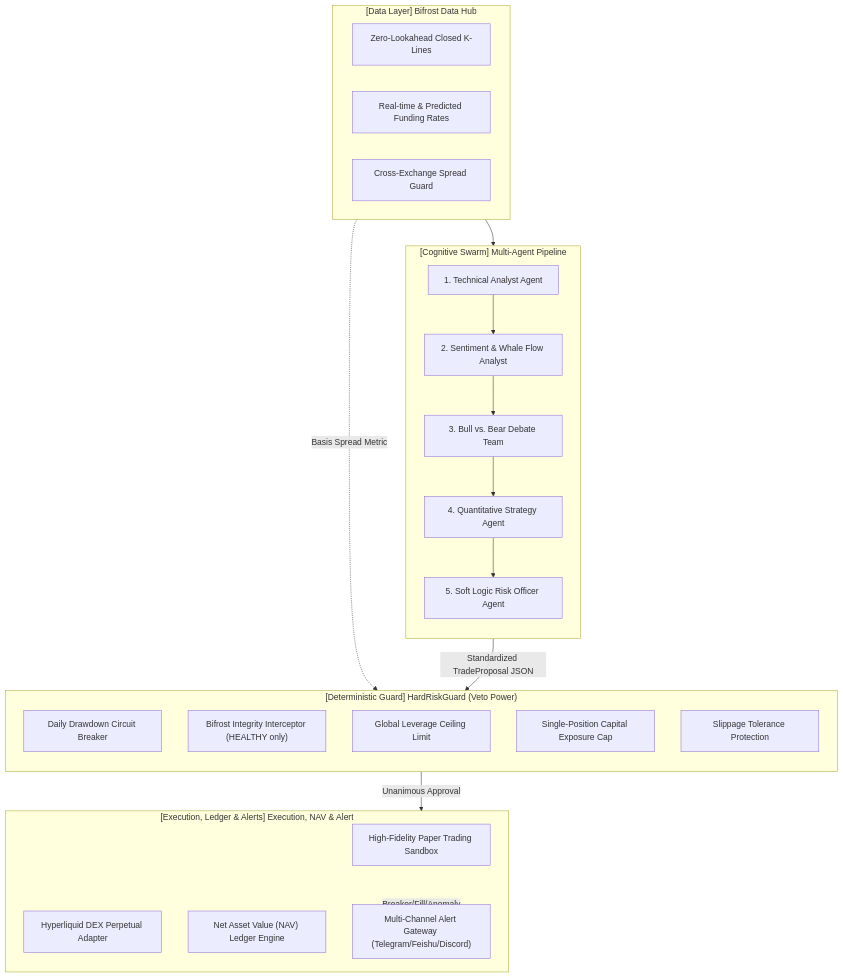
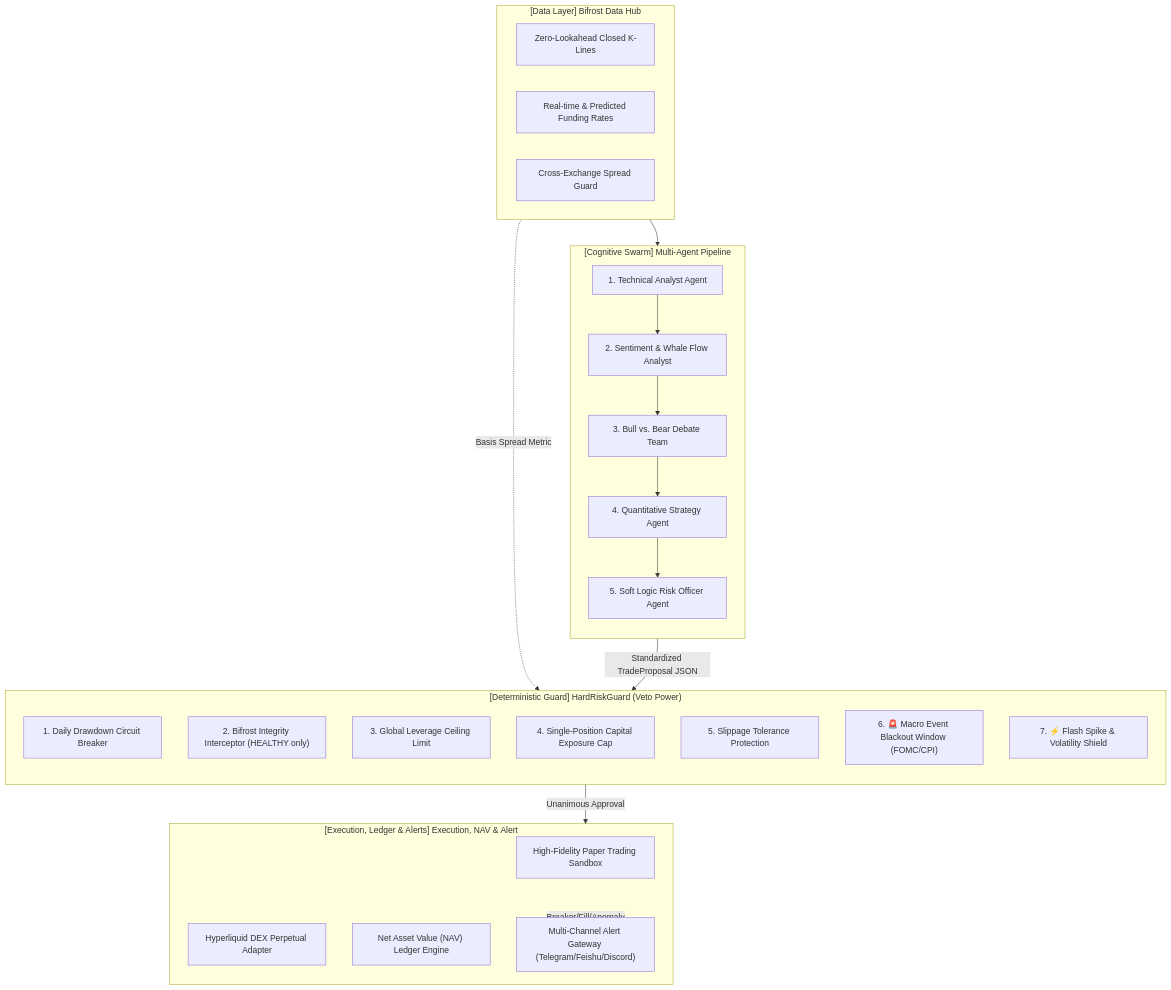
One commit to open-agentpay/heimdall-trading changed the diagram in README.md. Above: the diagram before and after it, drawn with Mermaid. The commit also changed other lines of this file and 7 other files, not shown here.

Commit message:
feat(risk): enhance extreme market protection with macro event blackout calendar and flash spike guard (7 Iron Rules)

````diff
--- a/README.md
+++ b/README.md
@@ -53,40 +53,42 @@
 ```mermaid
 flowchart TD
     subgraph Data["[Data Layer] Bifrost Data Hub"]
         B1["Zero-Lookahead Closed K-Lines"]
         B2["Real-time & Predicted Funding Rates"]
         B3["Cross-Exchange Spread Guard"]
     end
 
     subgraph Swarm["[Cognitive Swarm] Multi-Agent Pipeline"]
         direction TB
         A1["1. Technical Analyst Agent"]
         A5["2. Sentiment & Whale Flow Analyst"]
         A2["3. Bull vs. Bear Debate Team"]
         A3["4. Quantitative Strategy Agent"]
         A4["5. Soft Logic Risk Officer Agent"]
         A1 --> A5 --> A2 --> A3 --> A4
     end
 
     subgraph Guard["[Deterministic Guard] HardRiskGuard (Veto Power)"]
         direction TB
-        G1["Daily Drawdown Circuit Breaker"]
-        G2["Bifrost Integrity Interceptor (HEALTHY only)"]
-        G3["Global Leverage Ceiling Limit"]
-        G4["Single-Position Capital Exposure Cap"]
-        G5["Slippage Tolerance Protection"]
+        G1["1. Daily Drawdown Circuit Breaker"]
+        G2["2. Bifrost Integrity Interceptor (HEALTHY only)"]
+        G3["3. Global Leverage Ceiling Limit"]
+        G4["4. Single-Position Capital Exposure Cap"]
+        G5["5. Slippage Tolerance Protection"]
+        G6["6. 🚨 Macro Event Blackout Window (FOMC/CPI)"]
+        G7["7. ⚡ Flash Spike & Volatility Shield"]
     end
 
     subgraph Exec["[Execution, Ledger & Alerts] Execution, NAV & Alert"]
         E1["High-Fidelity Paper Trading Sandbox"]
         E2["Hyperliquid DEX Perpetual Adapter"]
         E3["Net Asset Value (NAV) Ledger Engine"]
         E4["Multi-Channel Alert Gateway (Telegram/Feishu/Discord)"]
     end
 
     Data --> Swarm
     Data -.->|Basis Spread Metric| Guard
     Swarm -->|Standardized TradeProposal JSON| Guard
     Guard -->|Unanimous Approval| Exec
     Exec -->|Breaker/Fill/Anomaly| E4
 ```
````
